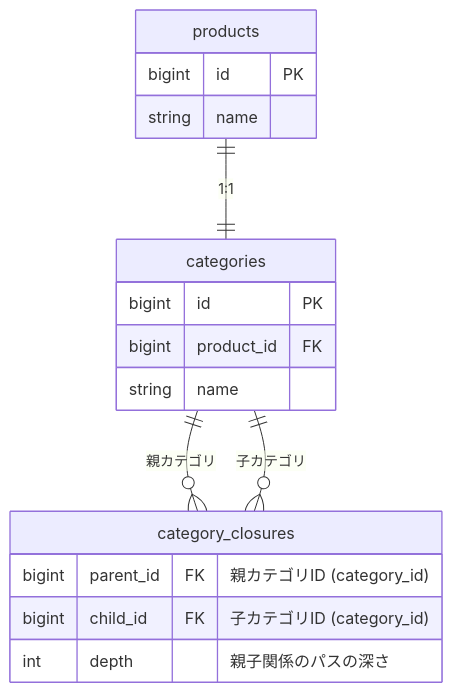
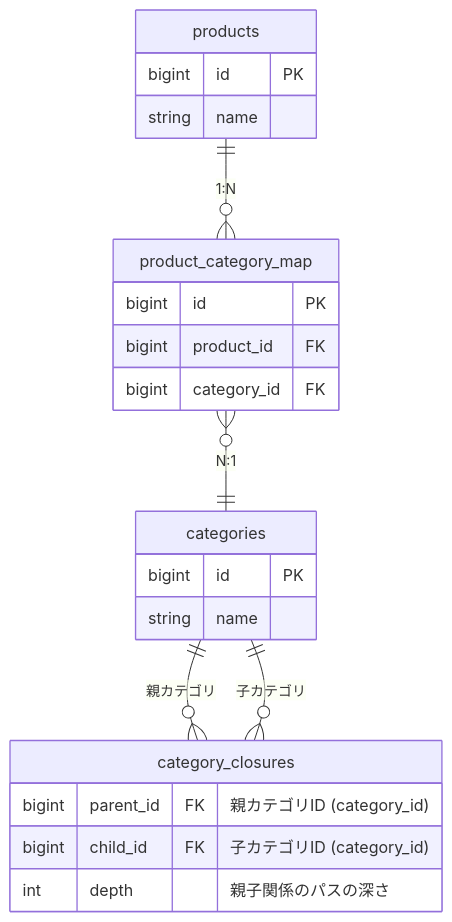
Before and after one commit to kuroweb/price-monitoring: the second of 11 diagrams in README.md, drawn with Mermaid.

````diff
--- a/README.md
+++ b/README.md
@@ -68,21 +68,26 @@
 ```mermaid
 erDiagram
   products {
     bigint id PK
     string name
   }
+  product_category_map {
+    bigint id PK
+    bigint product_id FK
+    bigint category_id FK
+  }
   categories {
     bigint id PK
-    bigint product_id FK
     string name
   }
   category_closures {
     bigint parent_id FK "親カテゴリID (category_id)"
     bigint child_id FK "子カテゴリID (category_id)"
     int depth "親子関係のパスの深さ"
   }
 
-  products ||--|| categories : "1:1"
+  products ||--o{ product_category_map : "1:N"
+  product_category_map }o--|| categories : "N:1"
   categories ||--o{ category_closures : "親カテゴリ"
   categories ||--o{ category_closures : "子カテゴリ"
 ```
````
